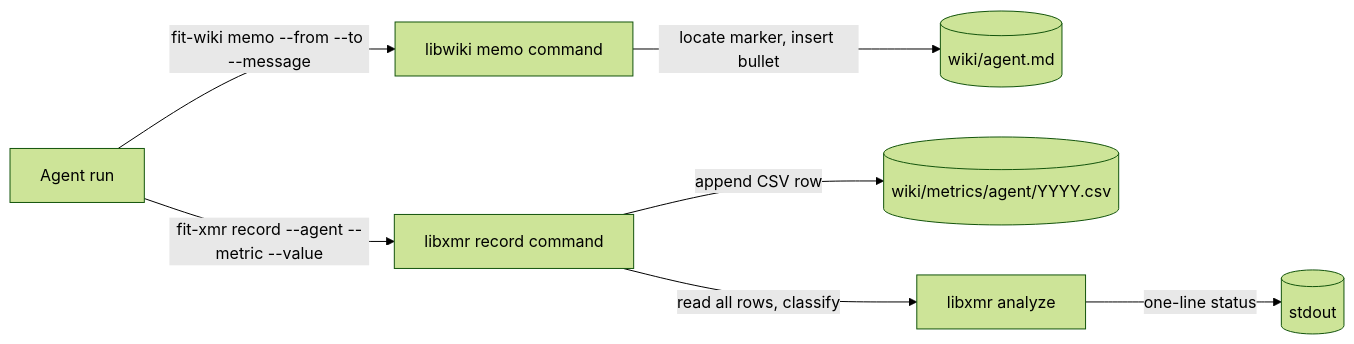
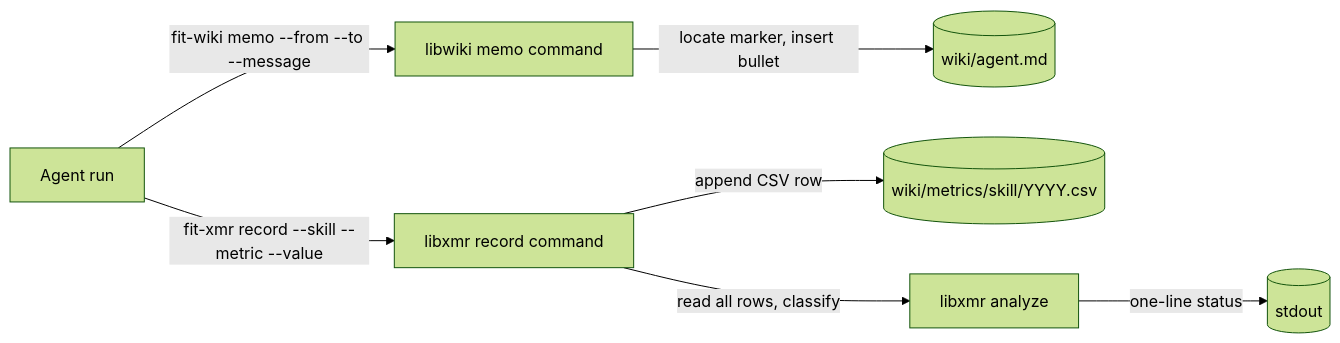
Before and after one commit to forwardimpact/pathway: the first of 3 diagrams in specs/770-agent-tooling-memo-metric/design-a.md, drawn with Mermaid (forest theme). The commit also changed other lines of this file and 2 other files, not shown here.

First line of the commit message:
refine(770): amend spec for per-skill metrics, address review findings

````diff
--- a/specs/770-agent-tooling-memo-metric/design-a.md
+++ b/specs/770-agent-tooling-memo-metric/design-a.md
@@ -10,9 +10,9 @@
 ```mermaid
 graph LR
   Agent[Agent run] -->|"fit-wiki memo --from --to --message"| Memo[libwiki memo command]
-  Agent -->|"fit-xmr record --agent --metric --value"| Record[libxmr record command]
+  Agent -->|"fit-xmr record --skill --metric --value"| Record[libxmr record command]
   Memo -->|locate marker, insert bullet| Summaries[(wiki/agent.md)]
-  Record -->|append CSV row| Csv[(wiki/metrics/agent/YYYY.csv)]
+  Record -->|append CSV row| Csv[(wiki/metrics/skill/YYYY.csv)]
   Record -->|read all rows, classify| Analyze[libxmr analyze]
   Analyze -->|one-line status| Stdout[(stdout)]
 ```
````
